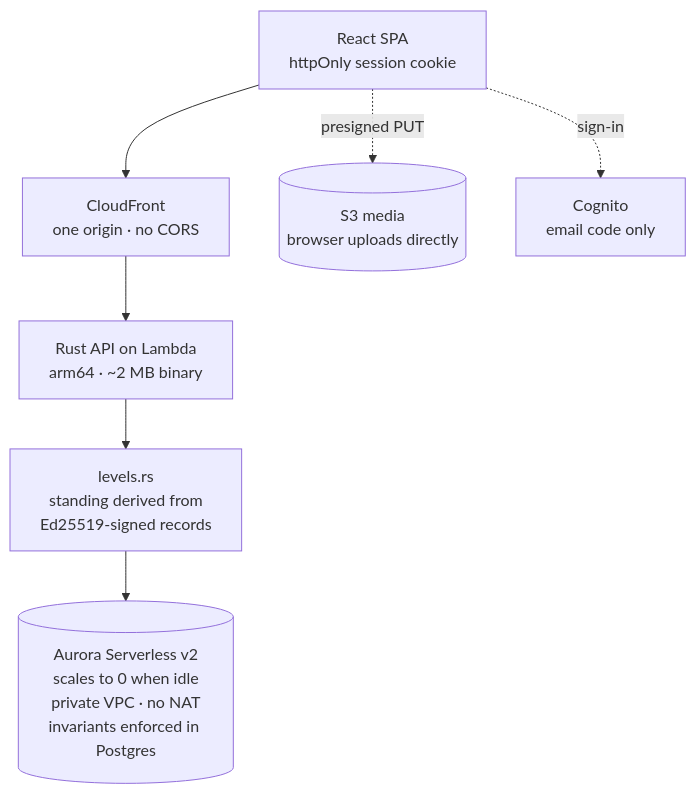
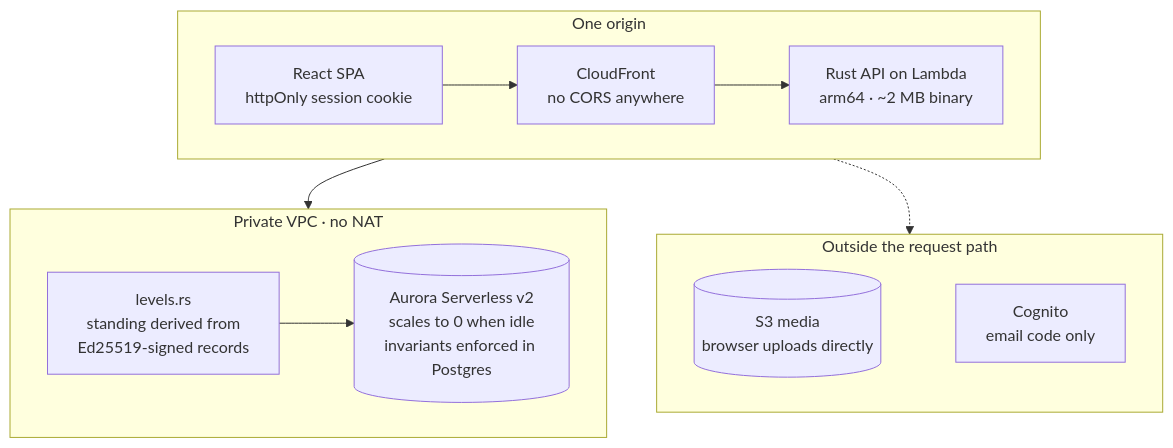
Before and after one commit to sachiachar/sachidananda-karkala: the diagram in diagrams/shipped-vouch.mmd, drawn with Mermaid. The commit also changed 28 other files, not shown here.

```diff
--- a/diagrams/shipped-vouch.mmd
+++ b/diagrams/shipped-vouch.mmd
@@ -1,11 +1,15 @@
 flowchart TB
-  b["React SPA<br/>httpOnly session cookie"]
-  cf["CloudFront<br/>one origin · no CORS"]
-  api["Rust API on Lambda<br/>arm64 · ~2 MB binary"]
-  lv["levels.rs<br/>standing derived from<br/>Ed25519-signed records"]
-  db[("Aurora Serverless v2<br/>scales to 0 when idle<br/>private VPC · no NAT<br/>invariants enforced in Postgres")]
-  s3[("S3 media<br/>browser uploads directly")]
-  cog["Cognito<br/>email code only"]
-  b --> cf --> api --> lv --> db
-  b -.presigned PUT.-> s3
-  b -.sign-in.-> cog
+  subgraph edge["One origin"]
+    direction LR
+    b["React SPA<br/>httpOnly session cookie"] --> cf["CloudFront<br/>no CORS anywhere"] --> api["Rust API on Lambda<br/>arm64 · ~2 MB binary"]
+  end
+  subgraph core["Private VPC · no NAT"]
+    direction LR
+    lv["levels.rs<br/>standing derived from<br/>Ed25519-signed records"] --> db[("Aurora Serverless v2<br/>scales to 0 when idle<br/>invariants enforced in Postgres")]
+  end
+  subgraph side["Outside the request path"]
+    direction LR
+    s3[("S3 media<br/>browser uploads directly")] ~~~ cog["Cognito<br/>email code only"]
+  end
+  edge --> core
+  edge -.-> side
```
